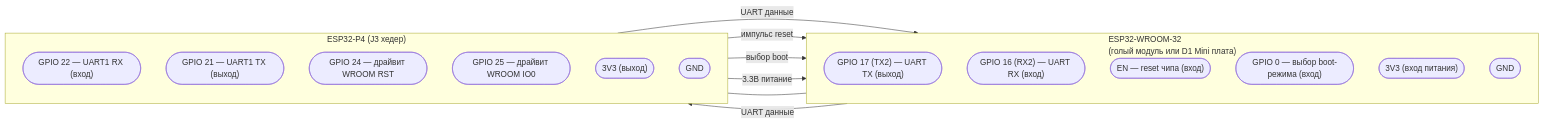
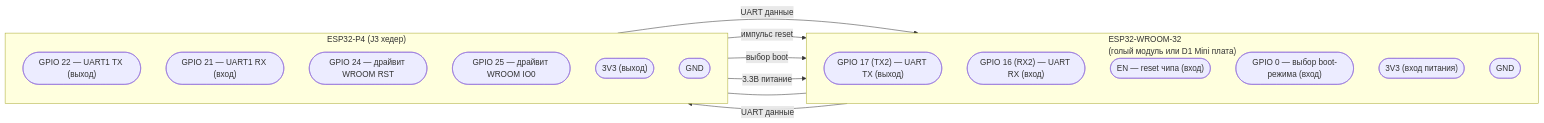
The third of 3 diagrams in README.ru.md (LeonMeln/esp32p4-android-auto), drawn with Mermaid before and after one commit. The commit also changed other lines of this file and 1 other file, not shown here.

````diff
--- a/README.ru.md
+++ b/README.ru.md
@@ -201,29 +214,29 @@
 ```mermaid
 flowchart LR
     subgraph WROOM["ESP32-WROOM-32<br/>(голый модуль или D1 Mini плата)"]
         direction TB
         W17(["GPIO 17 (TX2) — UART TX (выход)"])
         W16(["GPIO 16 (RX2) — UART RX (вход)"])
         WEN(["EN — reset чипа (вход)"])
         WIO0(["GPIO 0 — выбор boot-режима (вход)"])
         W3V3(["3V3 (вход питания)"])
         WGND(["GND"])
     end
 
     subgraph P4J3["ESP32-P4 (J3 хедер)"]
         direction TB
-        P22(["GPIO 22 — UART1 RX (вход)"])
-        P21(["GPIO 21 — UART1 TX (выход)"])
+        P22(["GPIO 22 — UART1 TX (выход)"])
+        P21(["GPIO 21 — UART1 RX (вход)"])
         P24(["GPIO 24 — драйвит WROOM RST"])
         P25(["GPIO 25 — драйвит WROOM IO0"])
         P3V3(["3V3 (выход)"])
         PGND(["GND"])
     end
 
-    W17 -->|UART данные| P22
-    P21 -->|UART данные| W16
+    P22 -->|UART данные| W16
+    W17 -->|UART данные| P21
     P24 -->|импульс reset| WEN
     P25 -->|выбор boot| WIO0
     P3V3 -->|3.3В питание| W3V3
     PGND --- WGND
 ```
````
